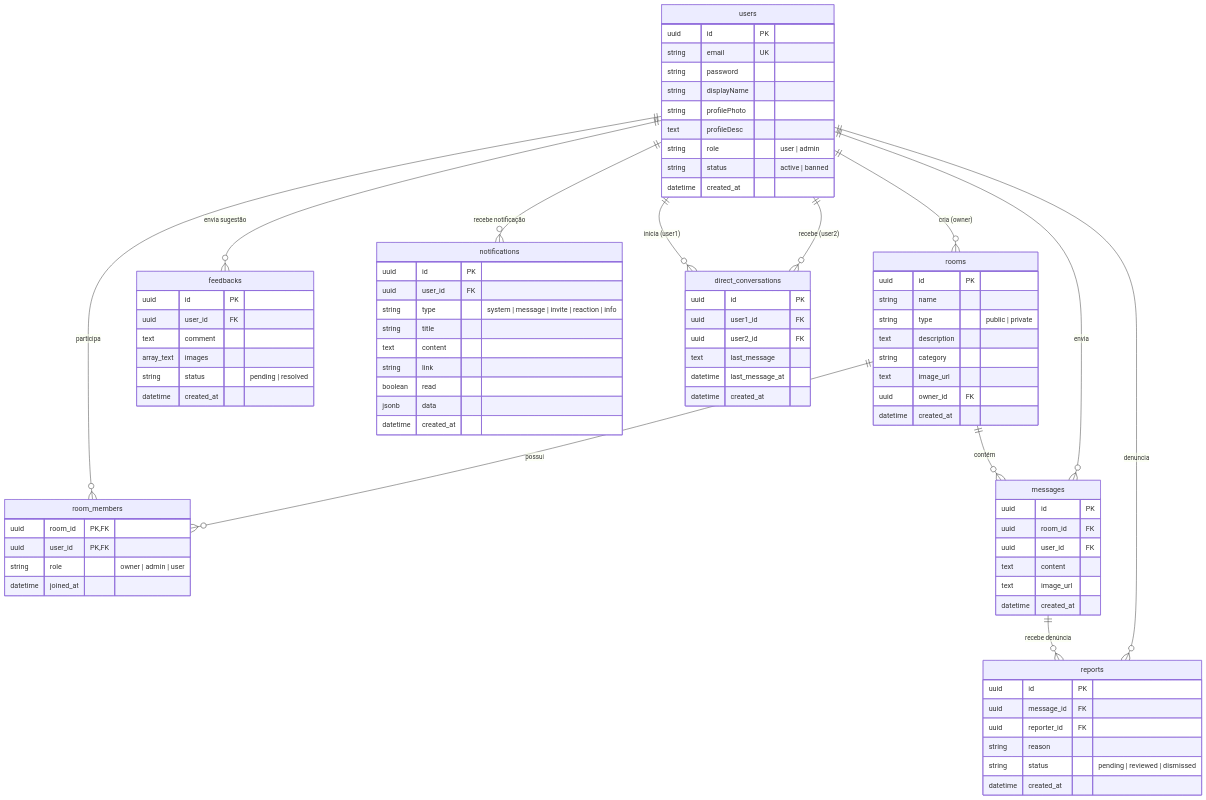
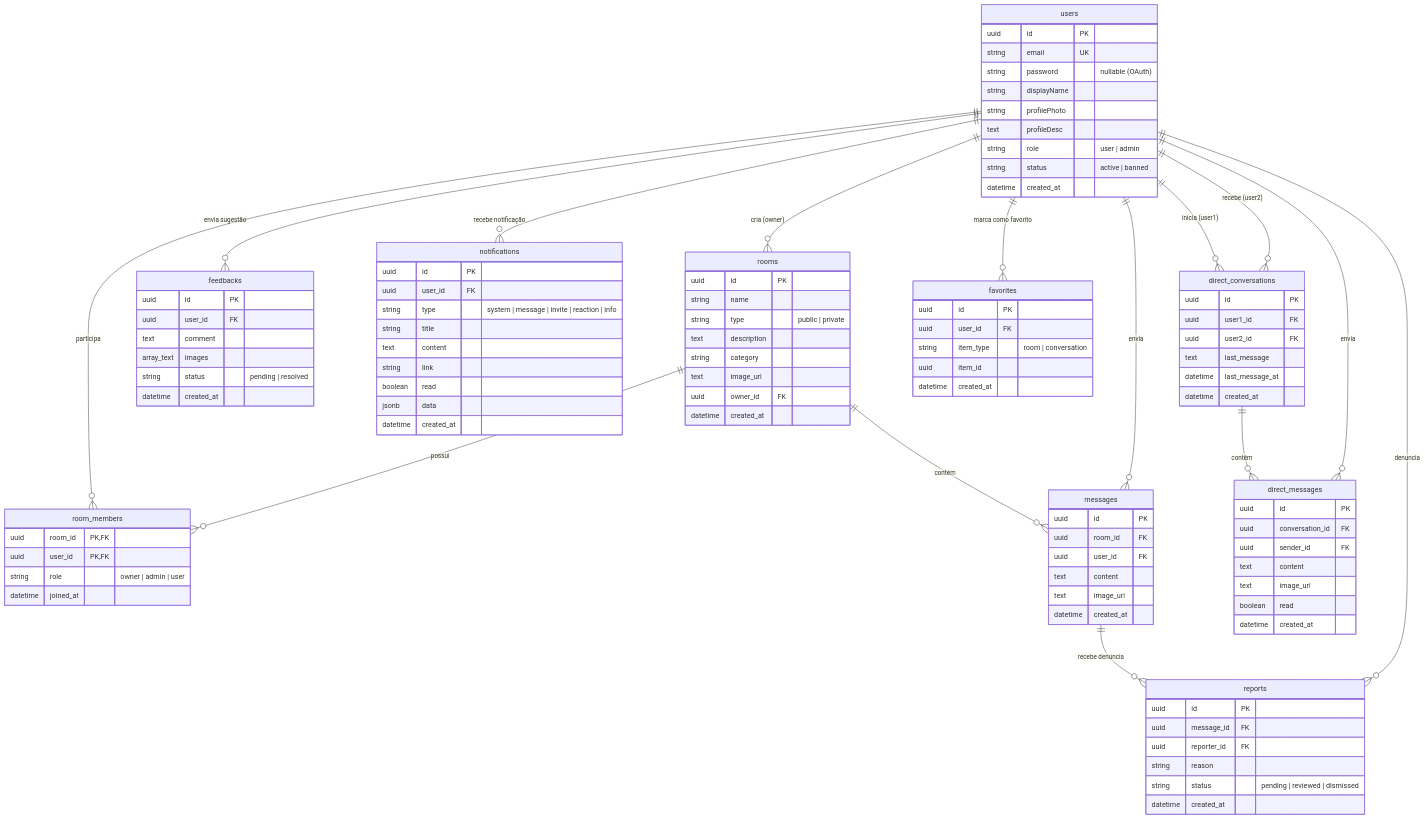
One commit to LucasRamosSilva-15/WebChat changed the diagram in backend/README.md. Above: the diagram before and after it, drawn with Mermaid. The commit also changed other lines of this file and 12 other files, not shown here.

```diff
--- a/backend/README.md
+++ b/backend/README.md
@@ -126,11 +126,14 @@
     users ||--o{ notifications : "recebe notificação"
     users ||--o{ direct_conversations : "inicia (user1)"
     users ||--o{ direct_conversations : "recebe (user2)"
+    direct_conversations ||--o{ direct_messages : "contém"
+    users ||--o{ direct_messages : "envia"
+    users ||--o{ favorites : "marca como favorito"
 
     users {
         uuid id PK
         string email UK
-        string password
+        string password "nullable (OAuth)"
         string displayName
         string profilePhoto
         text profileDesc
@@ -175,6 +178,24 @@
         datetime created_at
     }
 
+    direct_messages {
+        uuid id PK
+        uuid conversation_id FK
+        uuid sender_id FK
+        text content
+        text image_url
+        boolean read
+        datetime created_at
+    }
+
+    favorites {
+        uuid id PK
+        uuid user_id FK
+        string item_type "room | conversation"
+        uuid item_id
+        datetime created_at
+    }
+
     notifications {
         uuid id PK
         uuid user_id FK
```
